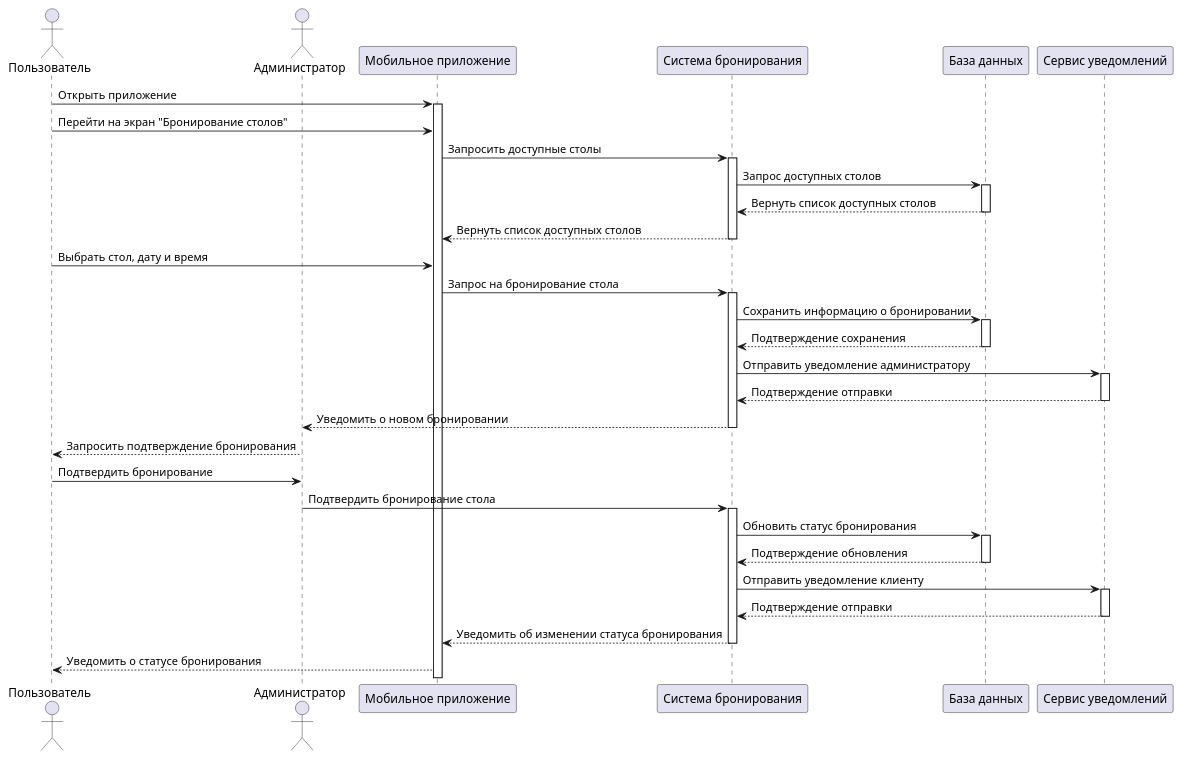
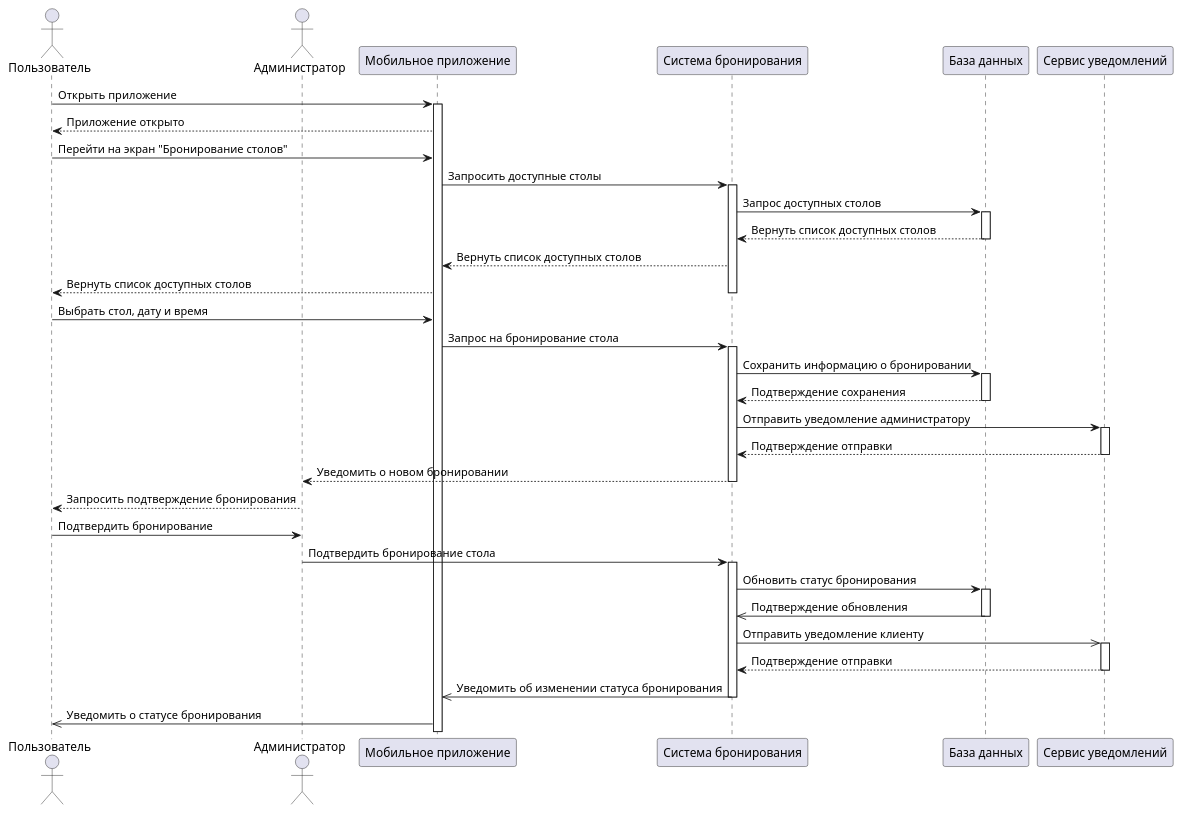
One commit to Towich/PlantUML changed the diagram in Restaurant/sequence_order_table.wsd. Above: the diagram before and after it, drawn with PlantUML. The commit also changed 2 other files, not shown here.

Commit message:
Improved class diagram

```diff
--- a/Restaurant/sequence_order_table.wsd
+++ b/Restaurant/sequence_order_table.wsd
@@ -1,50 +1,53 @@
 @startuml
 
 actor Пользователь
 actor Администратор
 participant "Мобильное приложение" as App
 participant "Система бронирования" as System
 participant "База данных" as DB
 participant "Сервис уведомлений" as Notifications
 
 Пользователь -> App: Открыть приложение
 activate App
+App --> Пользователь: Приложение открыто
+
 Пользователь -> App: Перейти на экран "Бронирование столов"
 App -> System: Запросить доступные столы
 activate System
 System -> DB: Запрос доступных столов
 activate DB
 DB --> System: Вернуть список доступных столов
 deactivate DB
 System --> App: Вернуть список доступных столов
+App --> Пользователь: Вернуть список доступных столов
 deactivate System
 Пользователь -> App: Выбрать стол, дату и время
 App -> System: Запрос на бронирование стола
 activate System
 System -> DB: Сохранить информацию о бронировании
 activate DB
 DB --> System: Подтверждение сохранения
 deactivate DB
 System -> Notifications: Отправить уведомление администратору
 activate Notifications
 Notifications --> System: Подтверждение отправки
 deactivate Notifications
 System --> Администратор: Уведомить о новом бронировании
 deactivate System
 Администратор --> Пользователь: Запросить подтверждение бронирования
 Пользователь -> Администратор: Подтвердить бронирование
 Администратор -> System: Подтвердить бронирование стола
 activate System
 System -> DB: Обновить статус бронирования
 activate DB
-DB --> System: Подтверждение обновления
+DB ->> System: Подтверждение обновления
 deactivate DB
-System -> Notifications: Отправить уведомление клиенту
+System ->> Notifications: Отправить уведомление клиенту
 activate Notifications
 Notifications --> System: Подтверждение отправки
 deactivate Notifications
-System --> App: Уведомить об изменении статуса бронирования
+System ->> App: Уведомить об изменении статуса бронирования
 deactivate System
-App --> Пользователь: Уведомить о статусе бронирования
+App ->> Пользователь: Уведомить о статусе бронирования
 
 @enduml
```
